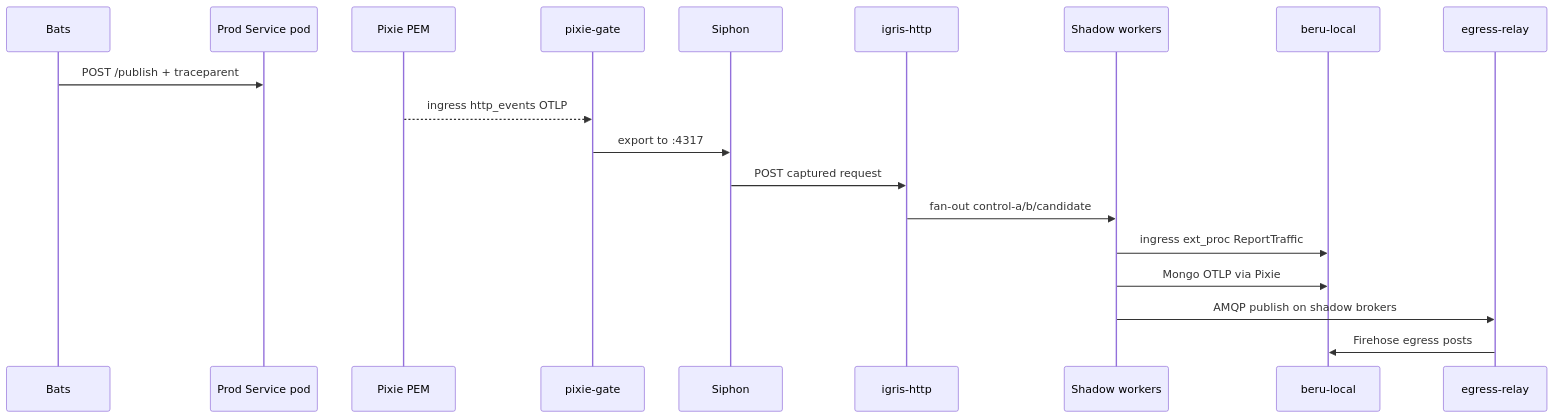
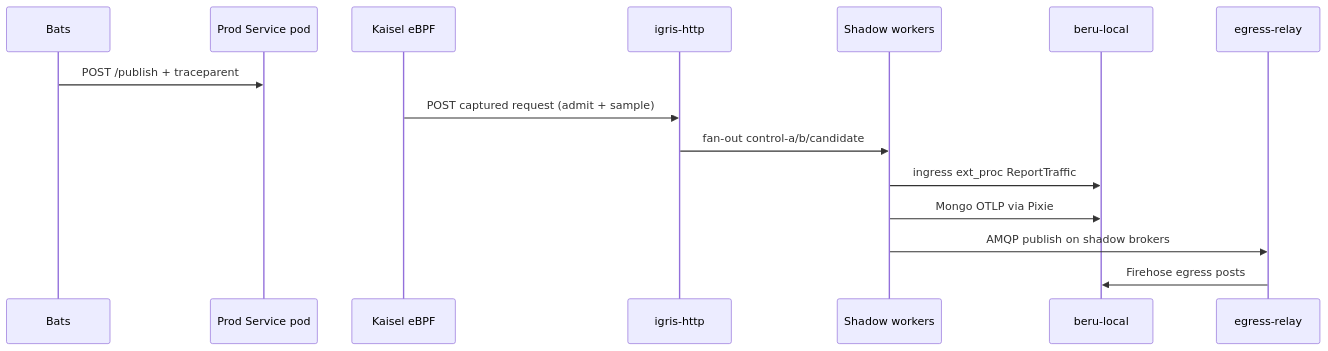
One commit to nederrgo/shadow-diff changed the second of 2 diagrams in docs/verification/http-ingress-e2e-flow.md. Above: the diagram before and after it, drawn with Mermaid. The commit also changed other lines of this file and 120 other files, not shown here.

````diff
--- a/docs/verification/http-ingress-e2e-flow.md
+++ b/docs/verification/http-ingress-e2e-flow.md
@@ -74,22 +74,18 @@
 ```mermaid
 sequenceDiagram
   participant Test as Bats
   participant Prod as Prod Service pod
-  participant Pixie as Pixie PEM
-  participant Bridge as pixie-gate
-  participant Siphon as Siphon
+  participant Kaisel as Kaisel eBPF
   participant Igris as igris-http
   participant Shadow as Shadow workers
   participant Beru as beru-local
   participant Relay as egress-relay
 
   Test->>Prod: POST /publish + traceparent
-  Pixie-->>Bridge: ingress http_events OTLP
-  Bridge->>Siphon: export to :4317
-  Siphon->>Igris: POST captured request
+  Kaisel->>Igris: POST captured request (admit + sample)
   Igris->>Shadow: fan-out control-a/b/candidate
   Shadow->>Beru: ingress ext_proc ReportTraffic
   Shadow->>Beru: Mongo OTLP via Pixie
   Shadow->>Relay: AMQP publish on shadow brokers
   Relay->>Beru: Firehose egress posts
 ```
````
